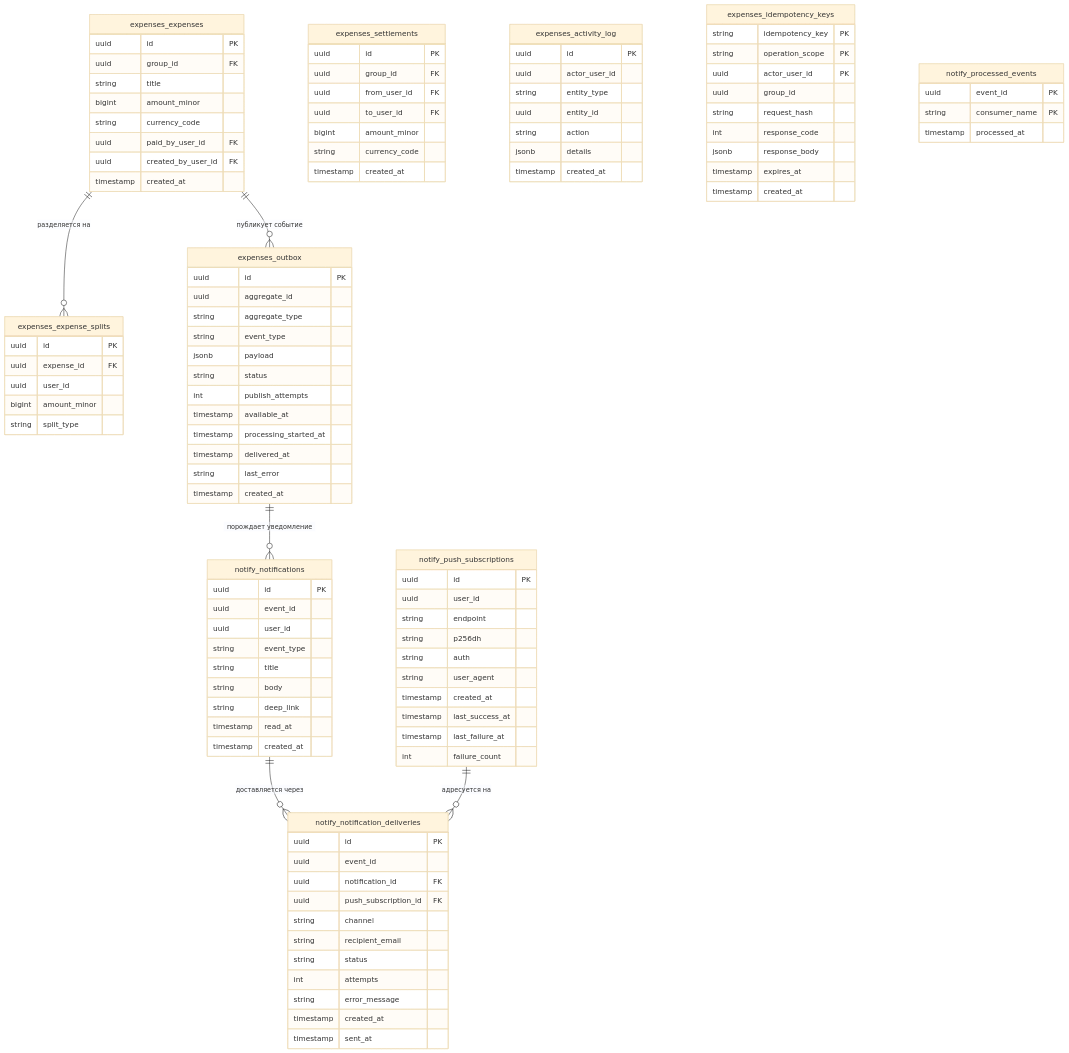
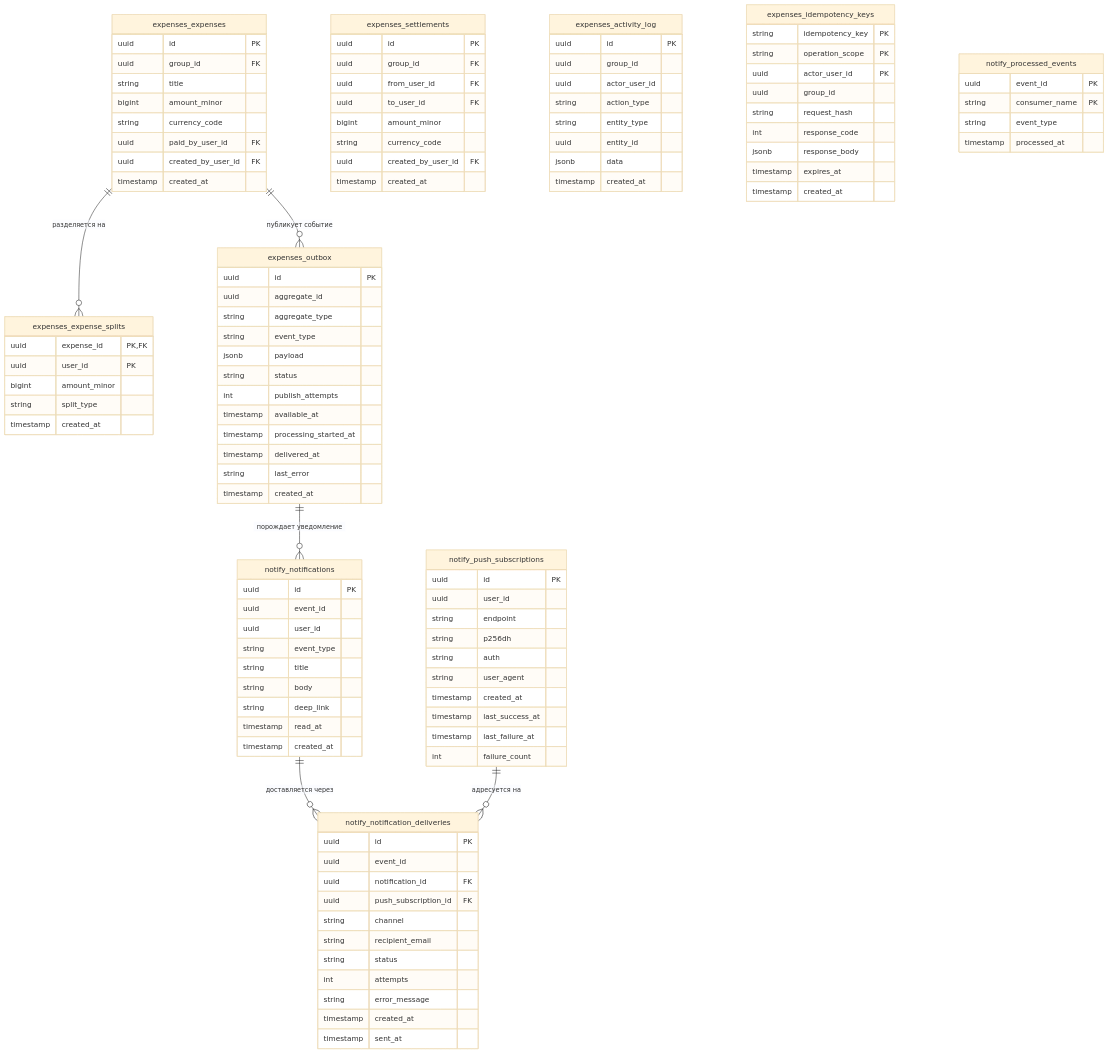
One commit to Vertenz/vkr-text changed the second of 2 diagrams in 1_5_проектирование_бд.md. Above: the diagram before and after it, drawn with Mermaid (base theme). The commit also changed other lines of this file and 7 other files, not shown here.

```diff
--- a/1_5_проектирование_бд.md
+++ b/1_5_проектирование_бд.md
@@ -207,11 +207,11 @@
         timestamp created_at
     }
     expenses_expense_splits {
-        uuid id PK
-        uuid expense_id FK
-        uuid user_id
+        uuid expense_id PK,FK
+        uuid user_id PK
         bigint amount_minor
         string split_type
+        timestamp created_at
     }
     expenses_settlements {
         uuid id PK
@@ -220,15 +220,17 @@
         uuid to_user_id FK
         bigint amount_minor
         string currency_code
+        uuid created_by_user_id FK
         timestamp created_at
     }
     expenses_activity_log {
         uuid id PK
+        uuid group_id
         uuid actor_user_id
+        string action_type
         string entity_type
         uuid entity_id
-        string action
-        jsonb details
+        jsonb data
         timestamp created_at
     }
     expenses_idempotency_keys {
@@ -297,6 +299,7 @@
     notify_processed_events {
         uuid event_id PK
         string consumer_name PK
+        string event_type
         timestamp processed_at
     }
 
```
